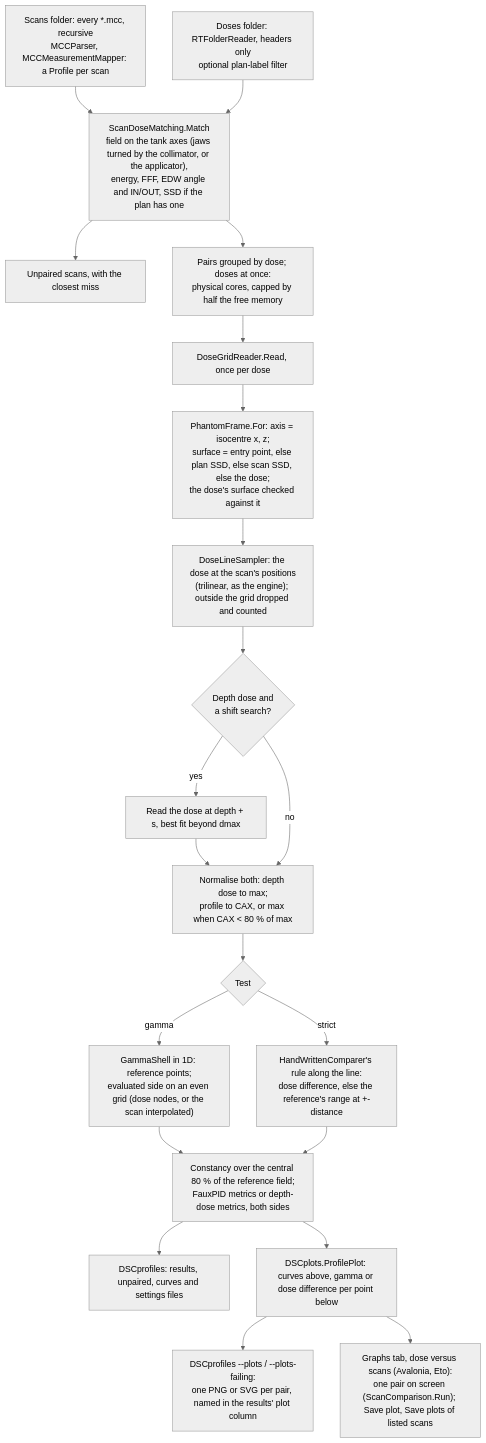
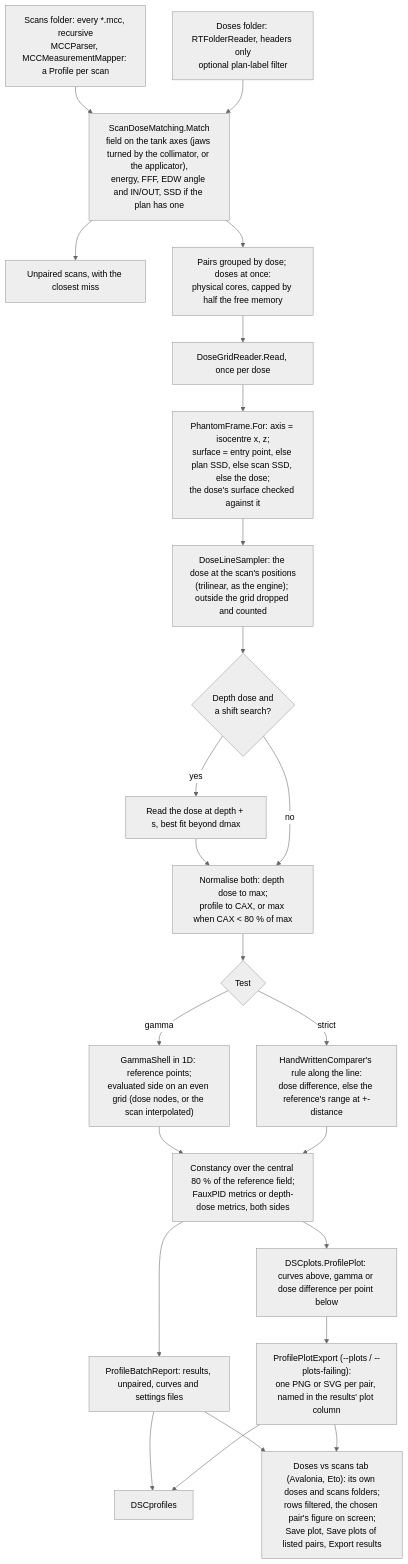
The fifth of 5 diagrams in design/data-flow.md (crcrewso/DicomStrictCompare), drawn with Mermaid (neutral theme) before and after one commit. The commit also changed other lines of this file and 22 other files, not shown here.

````diff
--- a/design/data-flow.md
+++ b/design/data-flow.md
@@ -107,22 +107,25 @@
 ```mermaid
 flowchart TD
     scans["Scans folder: every *.mcc, recursive<br/>MCCParser, MCCMeasurementMapper: a Profile per scan"] --> pair
     doses["Doses folder: RTFolderReader, headers only<br/>optional plan-label filter"] --> pair
     pair["ScanDoseMatching.Match<br/>field on the tank axes (jaws turned by the collimator, or the applicator),<br/>energy, FFF, EDW angle and IN/OUT, SSD if the plan has one"] --> unpaired["Unpaired scans, with the closest miss"]
     pair --> group["Pairs grouped by dose; doses at once:<br/>physical cores, capped by half the free memory"]
     group --> load["DoseGridReader.Read, once per dose"]
     load --> frame["PhantomFrame.For: axis = isocentre x, z;<br/>surface = entry point, else plan SSD, else scan SSD, else the dose;<br/>the dose's surface checked against it"]
     frame --> sample["DoseLineSampler: the dose at the scan's positions<br/>(trilinear, as the engine); outside the grid dropped and counted"]
     sample --> shift{"Depth dose and<br/>a shift search?"}
     shift -- yes --> best["Read the dose at depth + s, best fit beyond dmax"] --> norm
     shift -- no --> norm["Normalise both: depth dose to max;<br/>profile to CAX, or max when CAX &lt; 80 % of max"]
     norm --> test{"Test"}
     test -- gamma --> gamma["GammaShell in 1D: reference points;<br/>evaluated side on an even grid (dose nodes, or the scan interpolated)"]
     test -- strict --> strict["HandWrittenComparer's rule along the line:<br/>dose difference, else the reference's range at +-distance"]
     gamma --> extra
     strict --> extra["Constancy over the central 80 % of the reference field;<br/>FauxPID metrics or depth-dose metrics, both sides"]
-    extra --> csv["DSCprofiles: results, unpaired, curves and settings files"]
+    extra --> csv["ProfileBatchReport: results, unpaired, curves and settings files"]
     extra --> figure["DSCplots.ProfilePlot: curves above, gamma or dose difference per point below"]
-    figure --> files["DSCprofiles --plots / --plots-failing:<br/>one PNG or SVG per pair, named in the results' plot column"]
-    figure --> gui["Graphs tab, dose versus scans (Avalonia, Eto):<br/>one pair on screen (ScanComparison.Run); Save plot, Save plots of listed scans"]
+    figure --> files["ProfilePlotExport (--plots / --plots-failing):<br/>one PNG or SVG per pair, named in the results' plot column"]
+    csv --> cli["DSCprofiles"]
+    files --> cli
+    csv --> tab["Doses vs scans tab (Avalonia, Eto): its own doses and scans folders;<br/>rows filtered, the chosen pair's figure on screen;<br/>Save plot, Save plots of listed pairs, Export results"]
+    files --> tab
 ```
````
